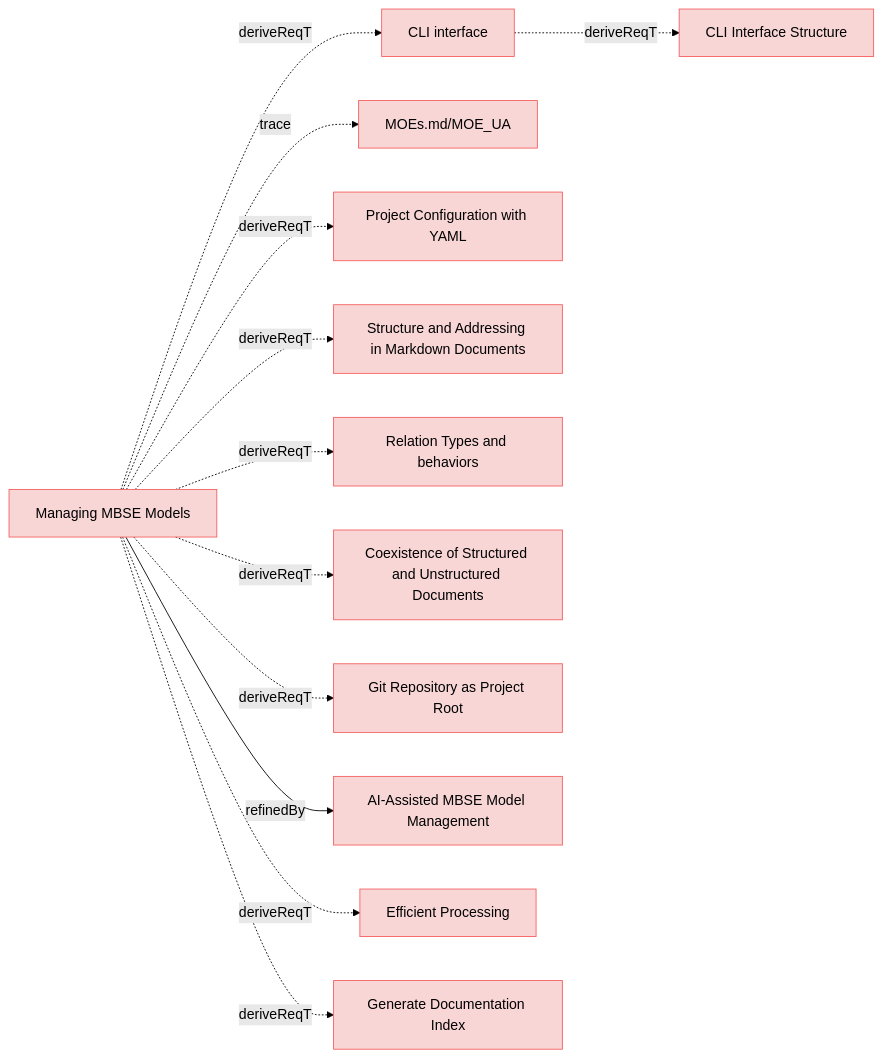
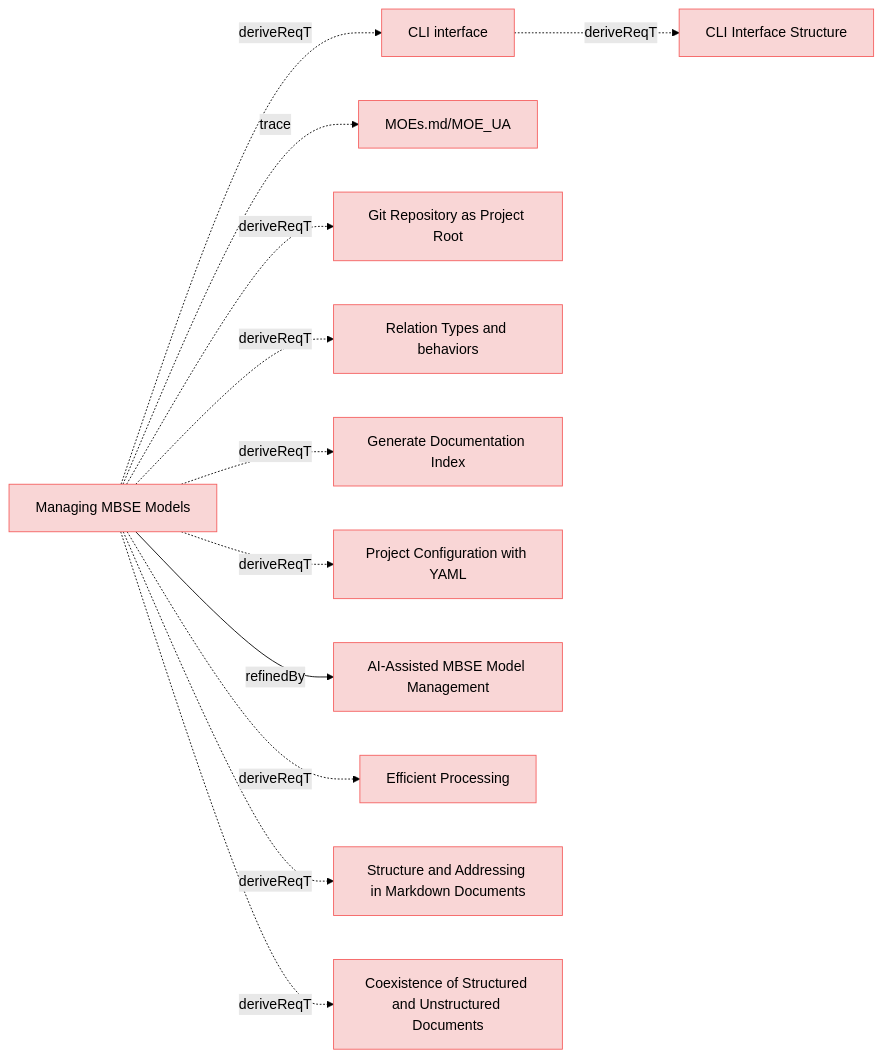
Before and after one commit to reqvire-org/reqvire: the ninth of 9 diagrams in specifications/UserRequirements.md, drawn with Mermaid (forest theme). The commit also changed other lines of this file and 15 other files, not shown here.

First line of the commit message:
docs: Update auto-generated diagrams with new requirement traceability

````diff
--- a/specifications/UserRequirements.md
+++ b/specifications/UserRequirements.md
@@ -839,56 +855,57 @@
 ```mermaid
 graph LR;
+  %% REQVIRE-AUTOGENERATED-DIAGRAM
   %% Graph styling
   classDef requirement fill:#f9d6d6,stroke:#f55f5f,stroke-width:1px;
   classDef verification fill:#d6f9d6,stroke:#5fd75f,stroke-width:1px;
   classDef externalLink fill:#d0e0ff,stroke:#3080ff,stroke-width:1px;
   classDef default fill:#f5f5f5,stroke:#333333,stroke-width:1px;
 
   f28849d46c19af44["CLI interface"];
   class f28849d46c19af44 requirement;
   click f28849d46c19af44 "UserRequirements.md#cli-interface";
   8f22faacdb454b23["CLI Interface Structure"];
   class 8f22faacdb454b23 requirement;
   click 8f22faacdb454b23 "SystemRequirements/Requirements.md#cli-interface-structure";
   f28849d46c19af44 -.->|deriveReqT| 8f22faacdb454b23;
   e61b7c1baa89bfc6["Managing MBSE Models"];
   class e61b7c1baa89bfc6 requirement;
   click e61b7c1baa89bfc6 "UserStories.md#managing-mbse-models";
   2c5f30f14e792200["MOEs.md/MOE_UA"];
   class 2c5f30f14e792200 requirement;
   click 2c5f30f14e792200 "MOEs.md#moe_ua";
   e61b7c1baa89bfc6 -.->|trace| 2c5f30f14e792200;
+  649d72765b13e14f["Git Repository as Project Root"];
+  class 649d72765b13e14f requirement;
+  click 649d72765b13e14f "ManagingMbseModelsRequirements.md#git-repository-as-project-root";
+  e61b7c1baa89bfc6 -.->|deriveReqT| 649d72765b13e14f;
+  551906d5c51d91d9["Relation Types and behaviors"];
+  class 551906d5c51d91d9 requirement;
+  click 551906d5c51d91d9 "SpecificationsRequirements.md#relation-types-and-behaviors";
+  e61b7c1baa89bfc6 -.->|deriveReqT| 551906d5c51d91d9;
+  c2b6c74b77726ad9["Generate Documentation Index"];
+  class c2b6c74b77726ad9 requirement;
+  click c2b6c74b77726ad9 "UserRequirements.md#generate-documentation-index";
+  e61b7c1baa89bfc6 -.->|deriveReqT| c2b6c74b77726ad9;
   16b4b380c917deb1["Project Configuration with YAML"];
   class 16b4b380c917deb1 requirement;
   click 16b4b380c917deb1 "ManagingMbseModelsRequirements.md#project-configuration-with-yaml";
   e61b7c1baa89bfc6 -.->|deriveReqT| 16b4b380c917deb1;
-  ade67c27bc5d3bbd["Structure and Addressing in Markdown Documents"];
-  class ade67c27bc5d3bbd requirement;
-  click ade67c27bc5d3bbd "SpecificationsRequirements.md#structure-and-addressing-in-markdown-documents";
-  e61b7c1baa89bfc6 -.->|deriveReqT| ade67c27bc5d3bbd;
-  551906d5c51d91d9["Relation Types and behaviors"];
-  class 551906d5c51d91d9 requirement;
-  click 551906d5c51d91d9 "SpecificationsRequirements.md#relation-types-and-behaviors";
-  e61b7c1baa89bfc6 -.->|deriveReqT| 551906d5c51d91d9;
-  f0d721424636370e["Coexistence of Structured and Unstructured Documents"];
-  class f0d721424636370e requirement;
-  click f0d721424636370e "ManagingMbseModelsRequirements.md#coexistence-of-structured-and-unstructured-documents";
-  e61b7c1baa89bfc6 -.->|deriveReqT| f0d721424636370e;
-  649d72765b13e14f["Git Repository as Project Root"];
-  class 649d72765b13e14f requirement;
-  click 649d72765b13e14f "ManagingMbseModelsRequirements.md#git-repository-as-project-root";
-  e61b7c1baa89bfc6 -.->|deriveReqT| 649d72765b13e14f;
   cd2d5dab49985ca2["AI-Assisted MBSE Model Management"];
   class cd2d5dab49985ca2 requirement;
   click cd2d5dab49985ca2 "UserStories.md#ai-assisted-mbse-model-management";
   e61b7c1baa89bfc6 -->|refinedBy| cd2d5dab49985ca2;
   d193d11c43776bec["Efficient Processing"];
   class d193d11c43776bec requirement;
   click d193d11c43776bec "ManagingMbseModelsRequirements.md#efficient-processing";
   e61b7c1baa89bfc6 -.->|deriveReqT| d193d11c43776bec;
   e61b7c1baa89bfc6 -.->|deriveReqT| f28849d46c19af44;
-  c2b6c74b77726ad9["Generate Documentation Index"];
-  class c2b6c74b77726ad9 requirement;
-  click c2b6c74b77726ad9 "UserRequirements.md#generate-documentation-index";
-  e61b7c1baa89bfc6 -.->|deriveReqT| c2b6c74b77726ad9;
+  ade67c27bc5d3bbd["Structure and Addressing in Markdown Documents"];
+  class ade67c27bc5d3bbd requirement;
+  click ade67c27bc5d3bbd "SpecificationsRequirements.md#structure-and-addressing-in-markdown-documents";
+  e61b7c1baa89bfc6 -.->|deriveReqT| ade67c27bc5d3bbd;
+  f0d721424636370e["Coexistence of Structured and Unstructured Documents"];
+  class f0d721424636370e requirement;
+  click f0d721424636370e "ManagingMbseModelsRequirements.md#coexistence-of-structured-and-unstructured-documents";
+  e61b7c1baa89bfc6 -.->|deriveReqT| f0d721424636370e;
 ```
````
